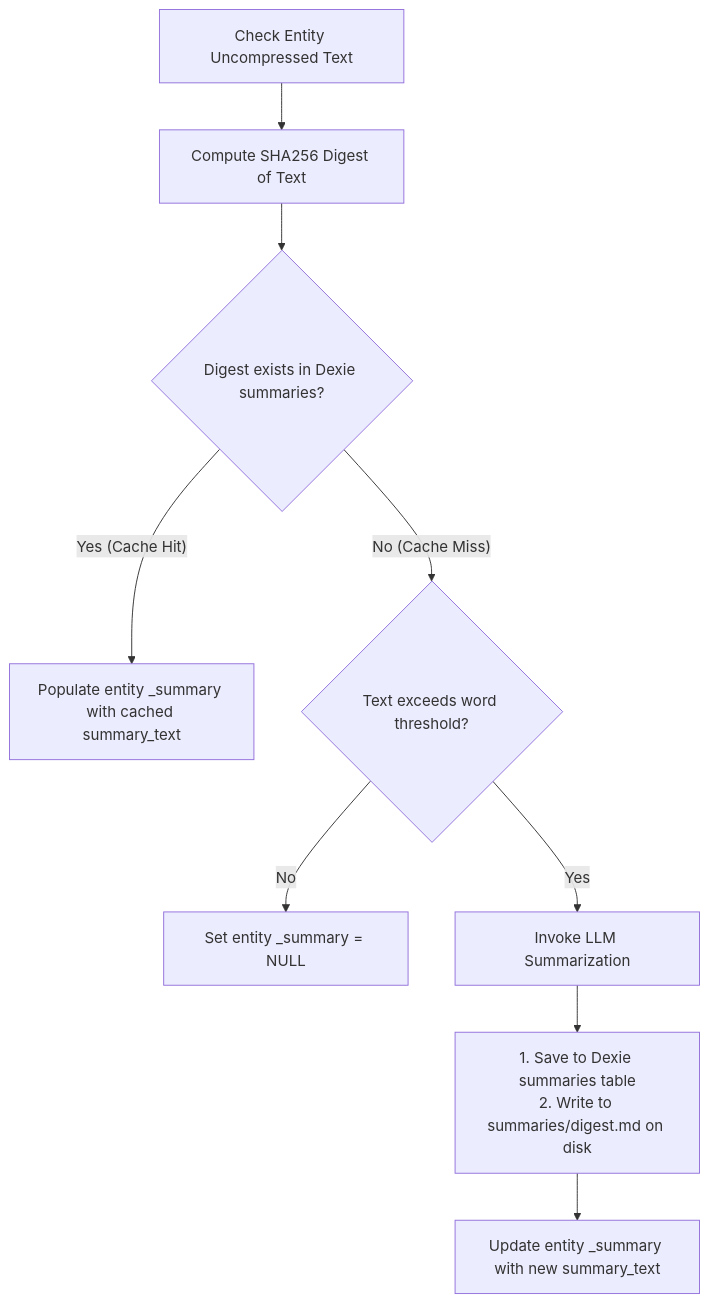
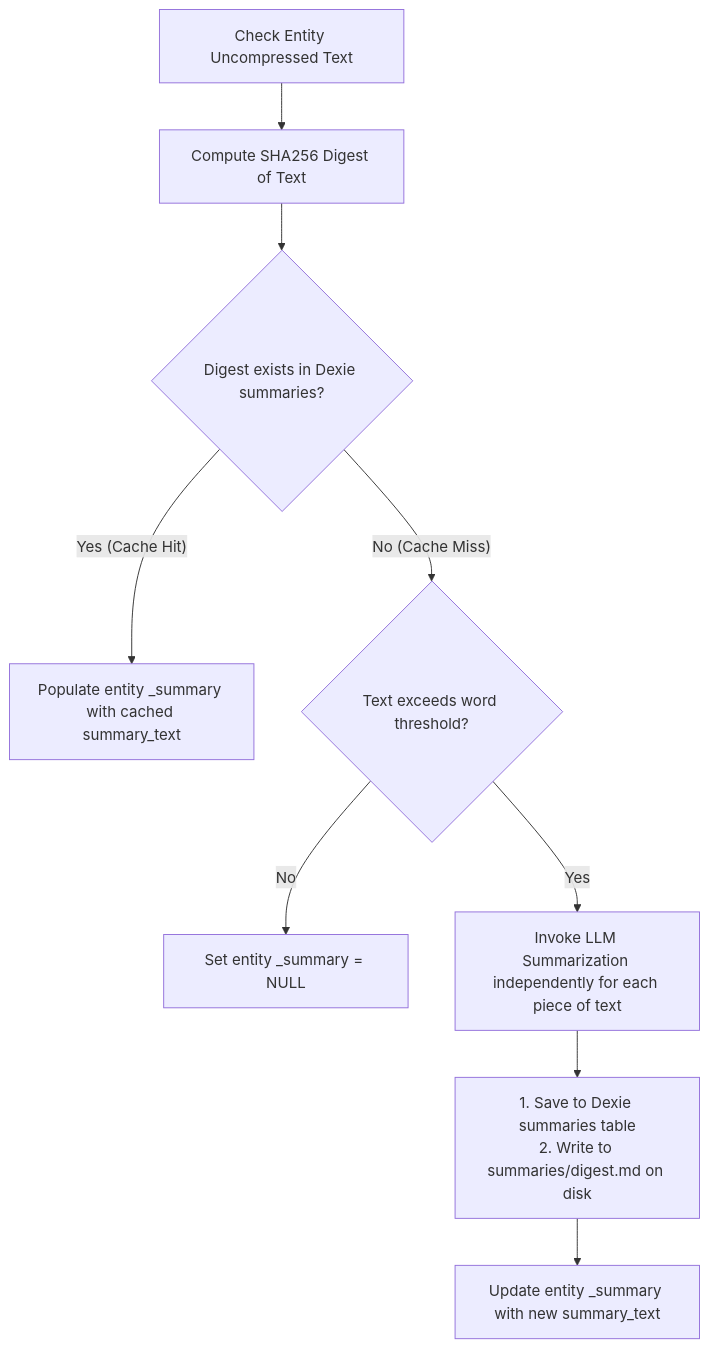
Before and after one commit to daniel-payne/writetosee-standalone-vite: the second of 3 diagrams in skills/writetosee-standalone/processing.md, drawn with Mermaid. The commit also changed other lines of this file and 24 other files, not shown here.

````diff
--- a/skills/writetosee-standalone/processing.md
+++ b/skills/writetosee-standalone/processing.md
@@ -128,13 +154,13 @@
 ```mermaid
 flowchart TD
     StartCheck[Check Entity Uncompressed Text] --> ComputeDigest[Compute SHA256 Digest of Text]
     ComputeDigest --> CheckCache{Digest exists in Dexie summaries?}
-    
+
     CheckCache -- Yes (Cache Hit) --> SetCachedSummary[Populate entity _summary with cached summary_text]
-    
+
     CheckCache -- No (Cache Miss) --> CheckLength{Text exceeds word threshold?}
     CheckLength -- No --> SetNull[Set entity _summary = NULL]
-    CheckLength -- Yes --> CallLLM[Invoke LLM Summarization]
+    CheckLength -- Yes --> CallLLM[Invoke LLM Summarization independently for each piece of text]
     CallLLM --> SaveCache[1. Save to Dexie summaries table\n2. Write to summaries/digest.md on disk]
     SaveCache --> UpdateEntity[Update entity _summary with new summary_text]
 ```
````
